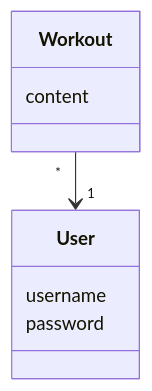
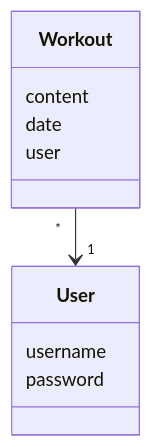
The second of 6 diagrams in dokumentaatio/arkkitehtuuri.md (annica-henriette/ot-harjoitustyo), drawn with Mermaid before and after one commit. The commit also changed other lines of this file and 8 other files, not shown here.

````diff
--- a/dokumentaatio/arkkitehtuuri.md
+++ b/dokumentaatio/arkkitehtuuri.md
@@ -32,11 +33,13 @@
 ```mermaid
  classDiagram
        Workout "*" --> "1" User
        class User{
            username
            password
        }
        class Workout{
            content
+           date
+           user
        }
 ```
````
